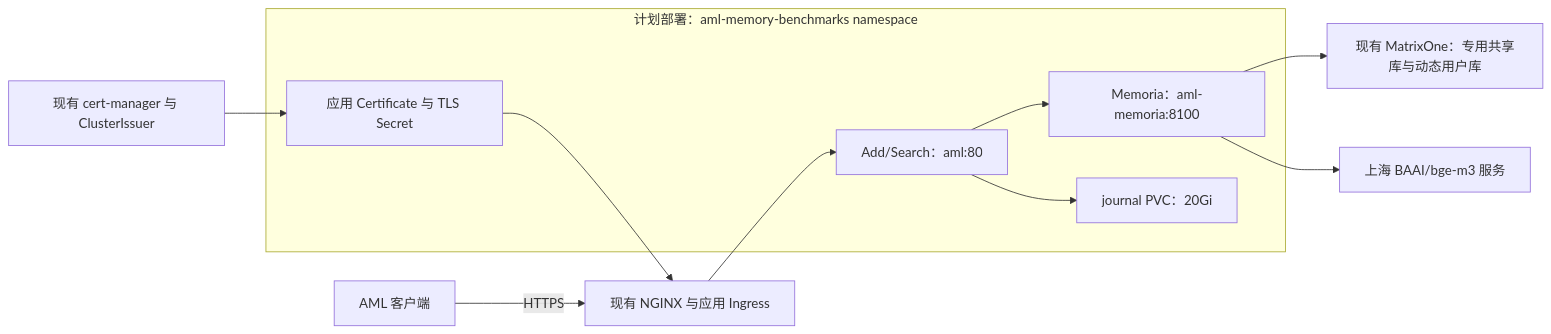
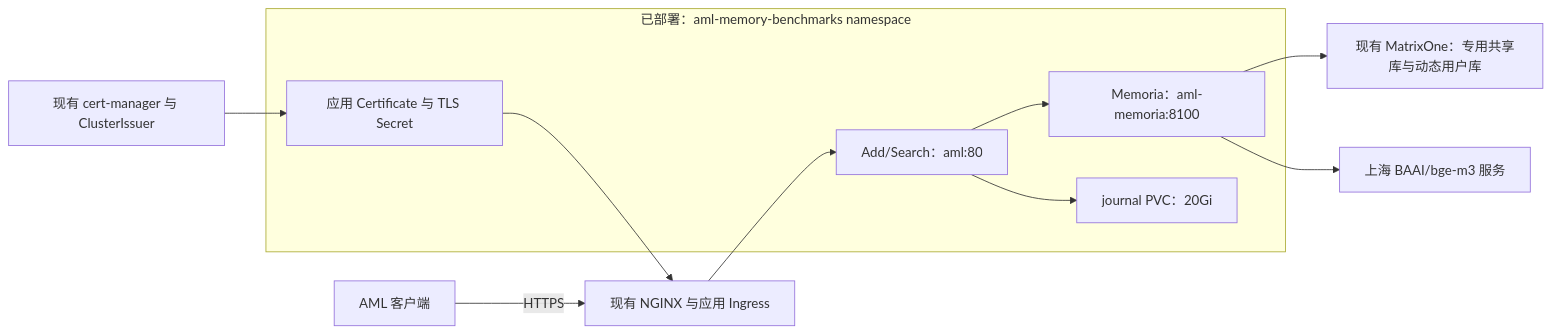
The diagram in agent_memory_leaderboard/docs/competition-plan.md (matrixorigin/memory_benchmarks), drawn with Mermaid before and after one commit. The commit also changed other lines of this file and 2 other files, not shown here.

First line of the commit message:
docs(aml): record successful dev deployment and live smoke acceptance (#5)

````diff
--- a/agent_memory_leaderboard/docs/competition-plan.md
+++ b/agent_memory_leaderboard/docs/competition-plan.md
@@ -61,14 +66,14 @@
 ```mermaid
 flowchart LR
     AML["AML 客户端"] -->|HTTPS| NG["现有 NGINX 与应用 Ingress"]
-    subgraph APP["计划部署：aml-memory-benchmarks namespace"]
+    subgraph APP["已部署：aml-memory-benchmarks namespace"]
         A["Add/Search：aml:80"] --> M["Memoria：aml-memoria:8100"]
         A --> J["journal PVC：20Gi"]
         C["应用 Certificate 与 TLS Secret"]
     end
     NG --> A
     M --> DB["现有 MatrixOne：专用共享库与动态用户库"]
     M --> EMB["上海 BAAI/bge-m3 服务"]
     CM["现有 cert-manager 与 ClusterIssuer"] --> C
     C --> NG
 ```
````
